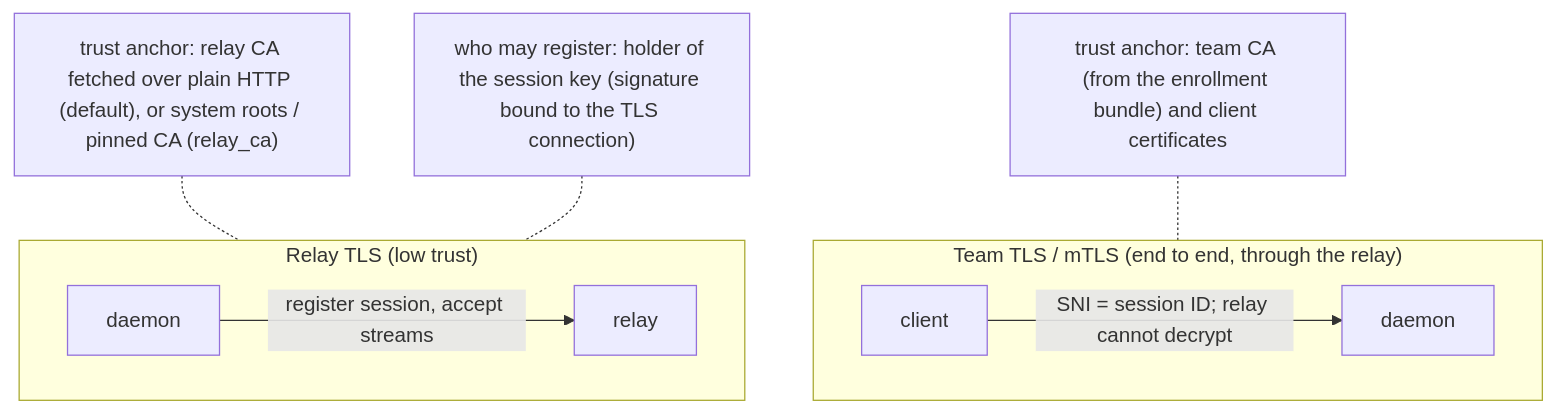
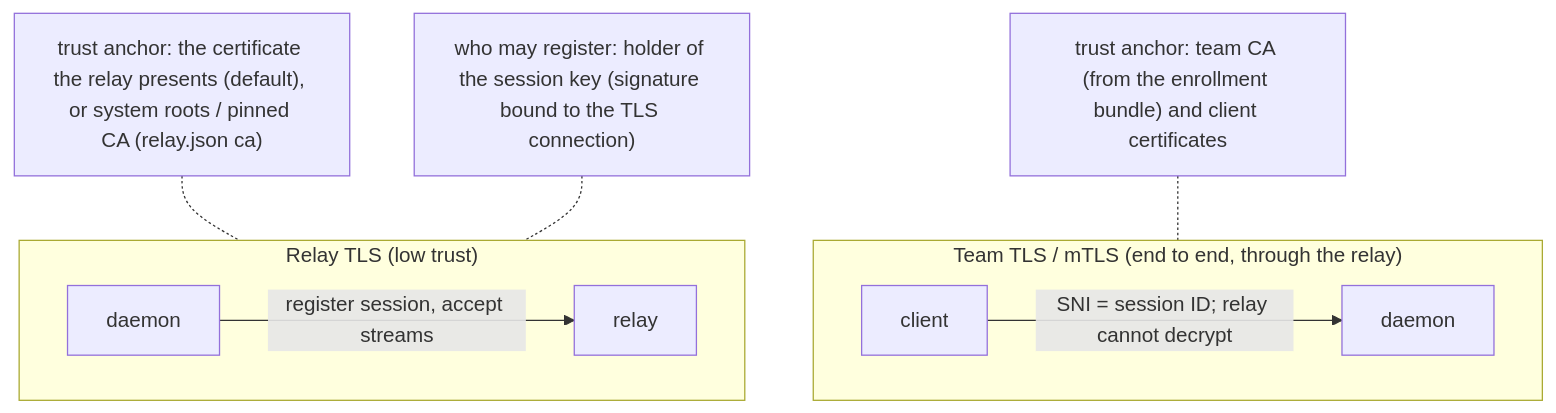
One commit to samrocketman/go-kbtool changed diagram 16 of 24 in docs/cryptography.md. Above: the diagram before and after it, drawn with Mermaid. The commit also changed other lines of this file and 64 other files, not shown here.

````diff
--- a/docs/cryptography.md
+++ b/docs/cryptography.md
@@ -447,14 +593,14 @@
 ```mermaid
 flowchart TB
   subgraph outer["Relay TLS (low trust)"]
     direction LR
     DM["daemon"] -- "register session, accept streams" --> RY["relay"]
   end
   subgraph inner["Team TLS / mTLS (end to end, through the relay)"]
     direction LR
     CL["client"] -- "SNI = session ID; relay cannot decrypt" --> DM2["daemon"]
   end
-  TA1["trust anchor: relay CA fetched over plain HTTP (default), or system roots / pinned CA (relay_ca)"] -.- outer
+  TA1["trust anchor: the certificate the relay presents (default), or system roots / pinned CA (relay.json ca)"] -.- outer
   TA3["who may register: holder of the session key (signature bound to the TLS connection)"] -.- outer
   TA2["trust anchor: team CA (from the enrollment bundle) and client certificates"] -.- inner
 ```
````
